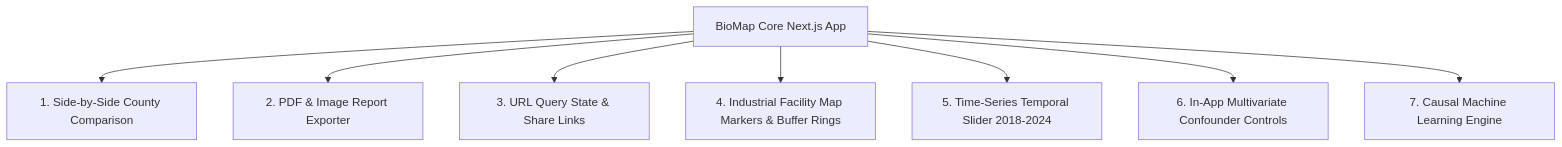
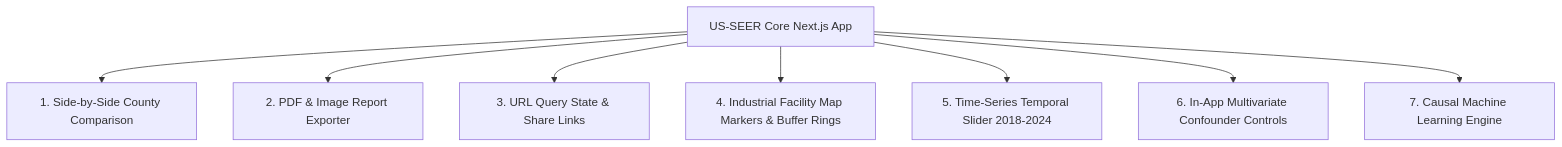
The first of 2 diagrams in NEXT_STEPS.md (RushilMahadevu/us-seer), drawn with Mermaid before and after one commit. The commit also changed other lines of this file and 8 other files, not shown here.

````diff
--- a/NEXT_STEPS.md
+++ b/NEXT_STEPS.md
@@ -17,10 +17,10 @@
 ```mermaid
 graph TD
-    App[BioMap Core Next.js App] --> F1[1. Side-by-Side County Comparison]
+    App[US-SEER Core Next.js App] --> F1[1. Side-by-Side County Comparison]
     App --> F2[2. PDF & Image Report Exporter]
     App --> F3[3. URL Query State & Share Links]
     App --> F4[4. Industrial Facility Map Markers & Buffer Rings]
     App --> F5[5. Time-Series Temporal Slider 2018-2024]
     App --> F6[6. In-App Multivariate Confounder Controls]
     App --> ML[7. Causal Machine Learning Engine]
 ```
````
